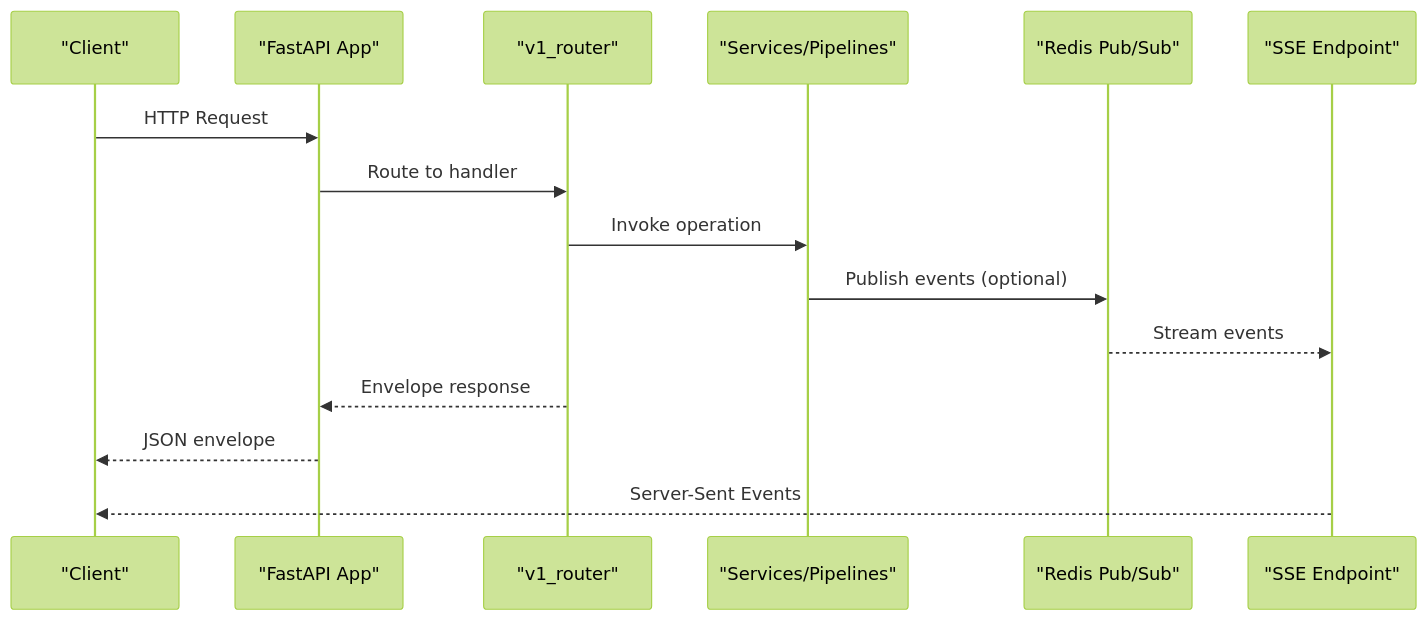
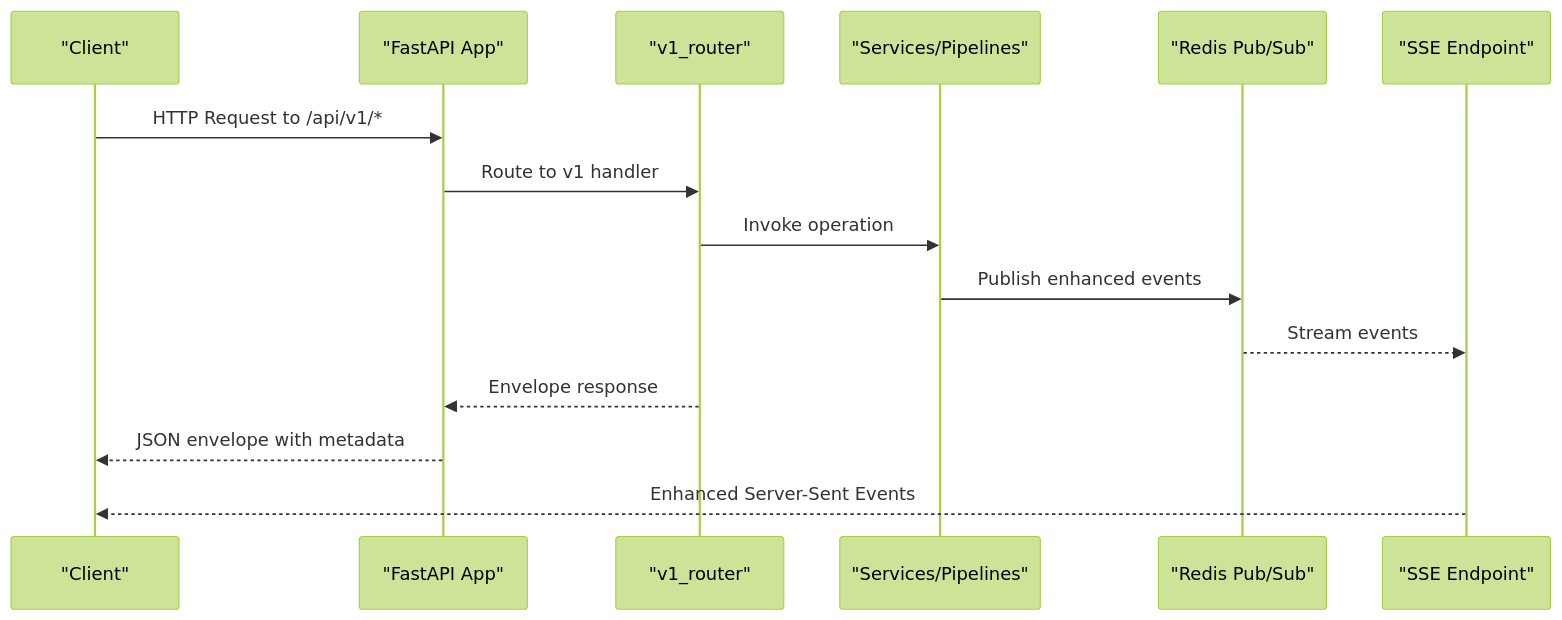
Before and after one commit to rohitkumarnaidu/-Auto-AI-Automated-Academic-Docx-Manuscript-Formatter: the second of 3 diagrams in .qoder/repowiki/en/content/API Reference/API Reference.md, drawn with Mermaid (forest theme). The commit also changed other lines of this file and 6 other files, not shown here.

````diff
--- a/.qoder/repowiki/en/content/API Reference/API Reference.md
+++ b/.qoder/repowiki/en/content/API Reference/API Reference.md
@@ -96,17 +105,17 @@
 ```mermaid
 sequenceDiagram
 participant C as "Client"
 participant API as "FastAPI App"
 participant V1 as "v1_router"
 participant SVC as "Services/Pipelines"
 participant PUB as "Redis Pub/Sub"
 participant SSE as "SSE Endpoint"
-C->>API : HTTP Request
-API->>V1 : Route to handler
+C->>API : HTTP Request to /api/v1/*
+API->>V1 : Route to v1 handler
 V1->>SVC : Invoke operation
-SVC->>PUB : Publish events (optional)
+SVC->>PUB : Publish enhanced events
 PUB-->>SSE : Stream events
 V1-->>API : Envelope response
-API-->>C : JSON envelope
-SSE-->>C : Server-Sent Events
+API-->>C : JSON envelope with metadata
+SSE-->>C : Enhanced Server-Sent Events
 ```
````
